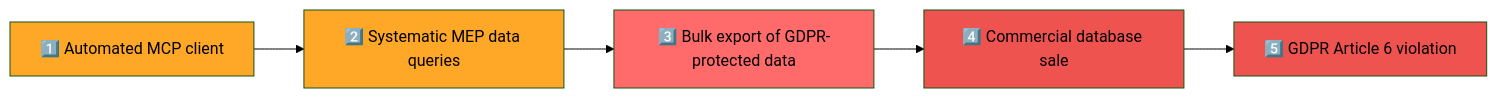
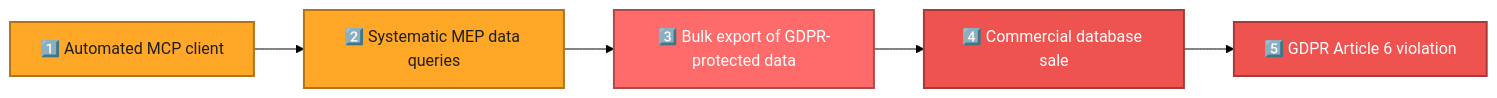
The seventh of 21 diagrams in api-markdown/documents/THREAT_MODEL.md (Hack23/European-Parliament-MCP-Server), drawn with Mermaid (forest theme) before and after one commit. The commit also changed other lines of this file and 1837 other files, not shown here.

````diff
--- a/api-markdown/documents/THREAT_MODEL.md
+++ b/api-markdown/documents/THREAT_MODEL.md
@@ -820,13 +855,18 @@
 ```mermaid
 graph LR
     A[1️⃣ Automated MCP client] --> B[2️⃣ Systematic MEP data queries]
     B --> C[3️⃣ Bulk export of GDPR-protected data]
     C --> D[4️⃣ Commercial database sale]
     D --> E[5️⃣ GDPR Article 6 violation]
     
-    style A fill:#ffa726
-    style B fill:#ffa726
-    style C fill:#ff6b6b
-    style D fill:#ef5350
-    style E fill:#ef5350
+    style A fill:#ffa726,stroke:#b2741a,stroke-width:2px,color:#1f1f1f
+
+    style B fill:#ffa726,stroke:#b2741a,stroke-width:2px,color:#1f1f1f
+
+    style C fill:#ff6b6b,stroke:#b24a4a,stroke-width:2px,color:#ffffff
+
+    style D fill:#ef5350,stroke:#a73a38,stroke-width:2px,color:#ffffff
+
+    style E fill:#ef5350,stroke:#a73a38,stroke-width:2px,color:#ffffff
+
 ```
````
